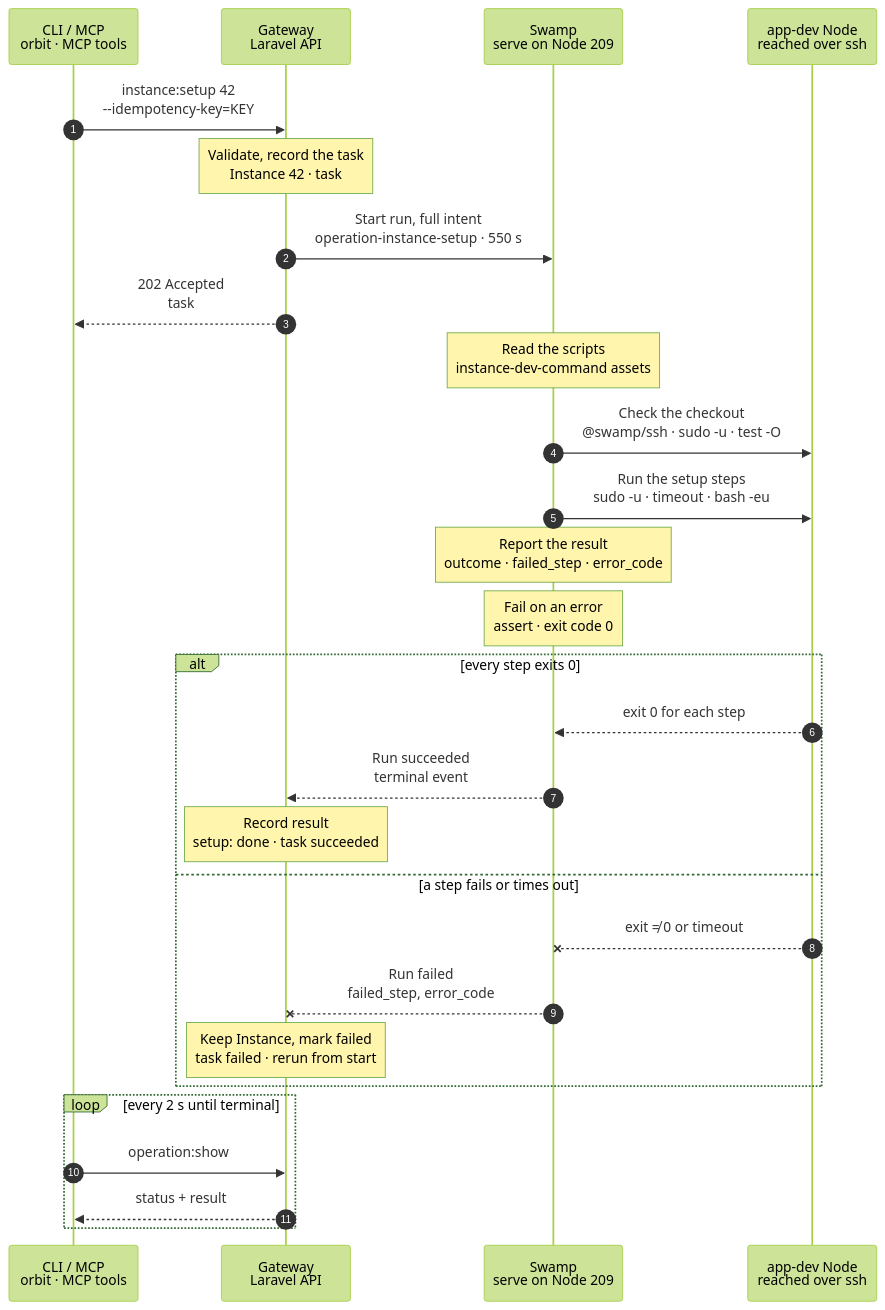
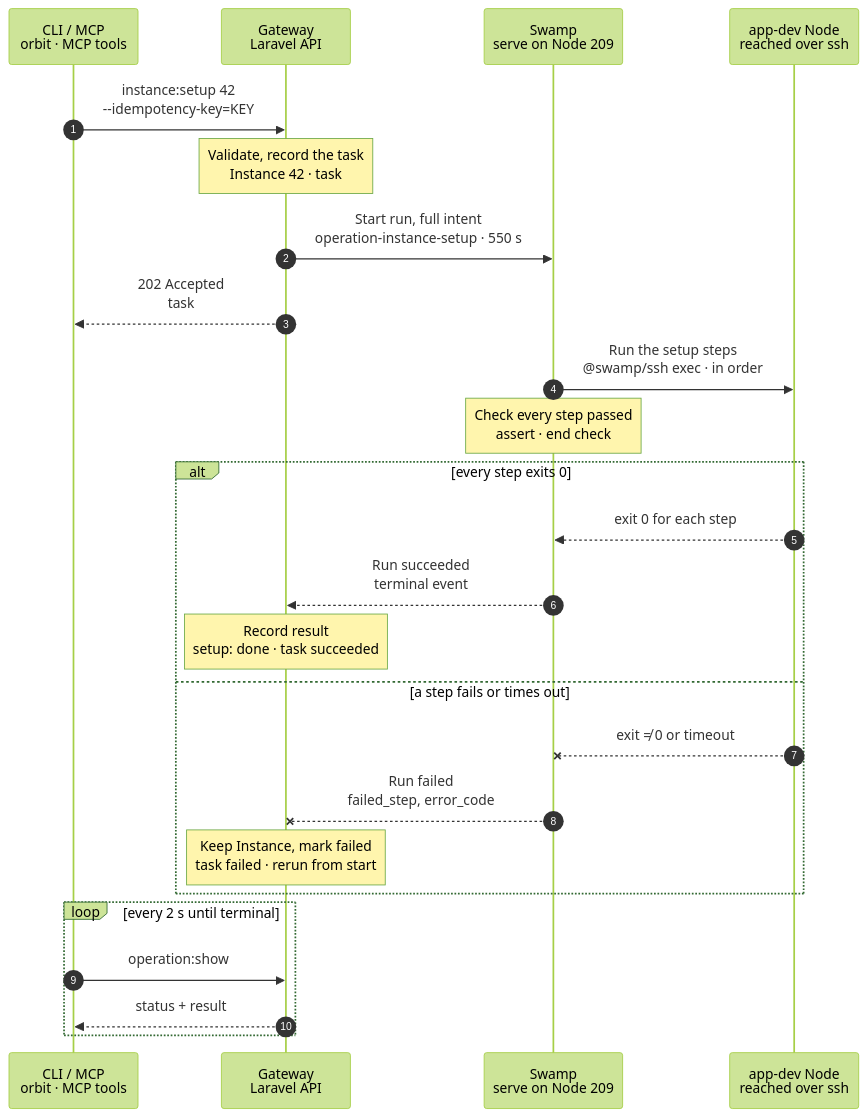
One commit to hardimpactdev/orbit changed the diagram in docs/cli/instance/setup.mmd. Above: the diagram before and after it, drawn with Mermaid (forest theme). The commit also changed 78 other files, not shown here.

```diff
--- a/docs/cli/instance/setup.mmd
+++ b/docs/cli/instance/setup.mmd
@@ -1,119 +1,114 @@
 sequenceDiagram
   %% Target design: ADR 0244 task, R2-R4 (process.stop shape: 209, @swamp/ssh, full intent as inputs), DECISIONS instance.run_steps (commands as inputs, sudo -u intent account, terminal projection, no API reads). docs/reference/instance-setup.md.
+  %% Tightened: flow-tighten 2026-11-02, rules 5, 14, 15, 22 (no script read, no checkout check, no report or assert step).
   %% status: draft
   %% command: instance:setup
   %% kind: instance.run_steps
   autonumber
   %% lane CLI icon=terminal pill=caller tone=gray
   %% lane GW icon=gateway pill=intent tone=blue
   %% lane SW icon=workflow pill=executes tone=green
   %% lane N icon=server pill=target tone=amber
   participant CLI as CLI / MCP<br/>orbit · MCP tools
   participant GW as Gateway<br/>Laravel API
   participant SW as Swamp<br/>serve on Node 209
   participant N as app-dev Node<br/>reached over ssh
   CLI->>GW: instance:setup 42<br/>--idempotency-key=KEY
   %%> Command:
   %%> - `orbit instance:setup 42`
   %%> - syntax: `instance:setup <instance> [--idempotency-key=KEY] [--json]`
   %%> Input:
   %%> - the numeric Instance ID
   %%> Who can call it:
   %%> - the `orbit` CLI and the MCP tool send the same request
   Note over GW: Validate, record the task<br/>Instance 42 · task #5133
   %%> Requirements:
   %%> - your Node has an access grant to Node 12, the Node of Instance 42
   %%> - Instance 42 is an active development Instance on an `app-dev` Node
   %%> - no other task holds Instance 42; the Gateway holds one lock per Instance and waits briefly for a busy one
   %%> Records:
   %%> - the Project's setup steps as they are now: names, commands, timeouts, and their digest
   %%> - a later change to the list does not change this task; start a new one to use it
   %%> Result:
   %%> - task #5133 recorded with the full intent
   %%> - nothing has happened on the Node yet
   GW->>SW: Start run, full intent<br/>operation-instance-setup · 550 s
   %%> What it does:
   %%> - starts one Swamp run on serve (Node 209)
   %%> Inputs:
   %%> - `kind`: instance.run_steps
   %%> - every step's name, command and timeout
   %%> - the checkout path, the Instance account and the Node's Vite+ store (`VP_HOME`)
   %%> - the seed: `ORBIT_SEED_PATH` and `ORBIT_SEED_COMMIT` of the `default` Instance on Node 12
   %%> - Node 12's address and SSH host keys; the SSH identity comes from the `swamp` role
   %%> Budget:
   %%> - 550 s for the whole list; the step timeouts add up to at most 540 s
   GW-->>CLI: 202 Accepted<br/>task #5133
   %%> What you get:
   %%> - the task number, at once
   %%> Next:
   %%> - the CLI follows the task with `operation:show`
-  Note over SW: Read the scripts<br/>instance-dev-command assets
-  %%> What it does:
-  %%> - reads the shipped `setup.py` and `run_project_step.py` on 209, the same runner `instance:create` uses
-  SW->>N: Check the checkout<br/>@swamp/ssh · sudo -u · test -O
+  SW->>N: Run the setup steps<br/>@swamp/ssh exec · in order
   %%> How:
-  %%> - Swamp reaches Node 12 over SSH from 209 with the official `@swamp/ssh` behavior
-  %%> What it does:
-  %%> - checks, as the Instance account, that the checkout of Instance 42 is a real directory the account owns
-  %%> Why:
-  %%> - the commands run only in the checkout the intent names
-  SW->>N: Run the setup steps<br/>sudo -u · timeout · bash -eu
+  %%> - Swamp reaches Node 12 over SSH from 209 with `@swamp/ssh`; nothing is copied to the Node
+  %%> - one `@swamp/ssh exec` per setup step: `sudo -u <account> timeout <s> env -C <checkout> bash -euc <command>`, the same runner `instance:create` uses
+  %%> - the checkout path comes from the Gateway's records; no step checks it first
   %%> What it does:
   %%> - runs each step's command in order with `bash -eu` from the repository root of the checkout, and stops at the first failure
-  %%> - with `VP_HOME`, `ORBIT_SEED_PATH` and `ORBIT_SEED_COMMIT` set
+  %%> - with `ORBIT_INSTANCE_ID`, `ORBIT_INSTANCE_NAME`, `ORBIT_SEED_PATH` and `ORBIT_SEED_COMMIT` set
   %%> Typical steps:
   %%> - `composer install`
   %%> - `vp install`
   %%> - `php artisan migrate`
   %%> Runs as:
   %%> - the Instance account from the intent, with `sudo -u`; not root
   %%> Limits:
   %%> - `timeout` stops the step's whole process group at its own timeout, so no command keeps running after it
   %%> Progress:
-  %%> - one native step for the whole list; the result names the failed step
+  %%> - one item per setup step, in order; the first failure stops the run with that step's exit code
   %%> Not kept:
   %%> - command text and stdout; only the exit code and a redacted stderr tail
-  Note over SW: Report the result<br/>outcome · failed_step · error_code
+  Note over SW: Check every step passed<br/>assert · end check
   %%> What it does:
-  %%> - maps the runner's result to the public outcome: succeeded, failed, missing, deadline or unconfirmed
-  Note over SW: Fail on an error<br/>assert · exit code 0
-  %%> What it does:
-  %%> - fails the run when the report holds an `error_code`, so the task fails with that code
+  %%> - fails when any setup step failed; the Gateway reads the run's result from this step
+  %%> Why:
+  %%> - each step is one forEach item, so the run needs one named step that holds the outcome
   alt every step exits 0
     N-->>SW: exit 0 for each step
     %%> Returns:
     %%> - each step's exit code; that is the end state, so no other check runs
     SW-->>GW: Run succeeded<br/>terminal event
     %%> How the Gateway learns it:
     %%> - its shared run reader sees the terminal event and reads the run's outputs; Swamp never calls the Gateway
     Note over GW: Record result<br/>setup: done · task succeeded
     %%> Result:
     %%> - Instance 42's setup is recorded as done, and an earlier failed step is cleared
     %%> - task #5133 succeeds; an empty list also succeeds
   else a step fails or times out
     N--xSW: exit ≠ 0 or timeout
     %%> When:
     %%> - a command exits with an error or runs past its timeout
     %%> - exit 127 or 126: the command is missing or not executable
     %%> Effect:
     %%> - later steps do not run
     SW--xGW: Run failed<br/>failed_step, error_code
     %%> The Gateway reads:
     %%> - the failed step, its exit code and the redacted stderr tail
+    %%> - the Gateway maps the exit code to the outcome: 127 or 126 is `missing`, a timeout is `deadline`, others are `failed`
     Note over GW: Keep Instance, mark failed<br/>task failed · rerun from start
     %%> Result:
     %%> - Instance 42 stays active; its setup is marked failed with the step name
     %%> - task #5133 fails with `instance.setup_step_failed`, or `instance.setup_step_unavailable` for a missing command
     %%> On the Node:
     %%> - what earlier steps did stays; there is no rollback and no teardown
     %%> Retry:
     %%> - fix the cause and run `instance:setup` again; it starts at the first step, so steps should converge
   end
   loop every 2 s until terminal
     CLI->>GW: operation:show #5133
     %%> What it does:
     %%> - asks for the task's status every 2 seconds until it has ended
     GW-->>CLI: status + result
     %%> Returns:
     %%> - the current status, and the result once the task has ended
   end
```
